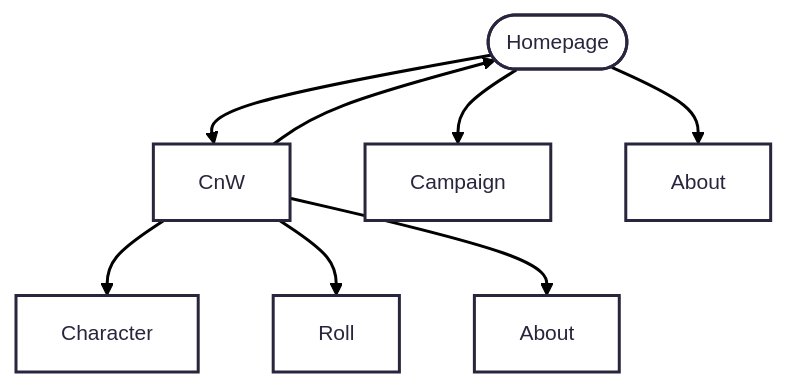
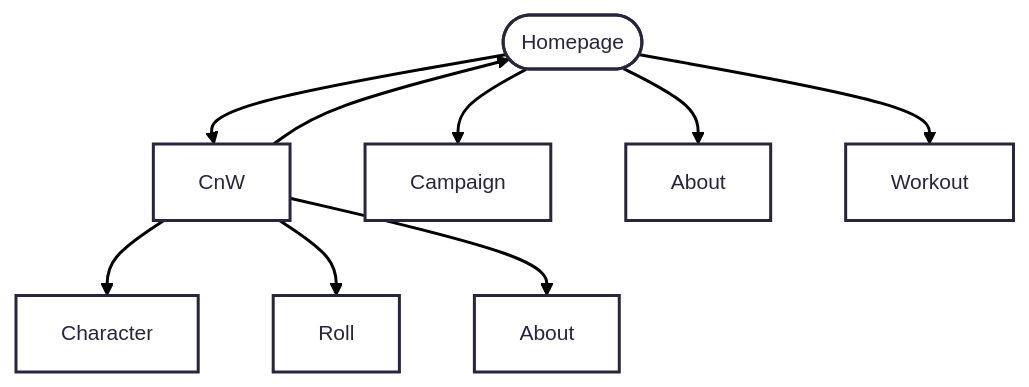
Before and after one commit to Restien/homepage: the diagram in README.md, drawn with Mermaid. The commit also changed 4 other files, not shown here.

````diff
--- a/README.md
+++ b/README.md
@@ -2,11 +2,11 @@
 ```mermaid
 ---
 config:
   theme: redux
 ---
 flowchart TD
-    A(["Homepage"]) --> n1["CnW"] & n2["Campaign"] & n3["About"]
+    A(["Homepage"]) --> n1["CnW"] & n2["Campaign"] & n3["About"] & n7["Workout"]
     n1 --> n4["Character"] & n5["Roll"] & n6["About"]
     n1 --> A
 
 ```
````
